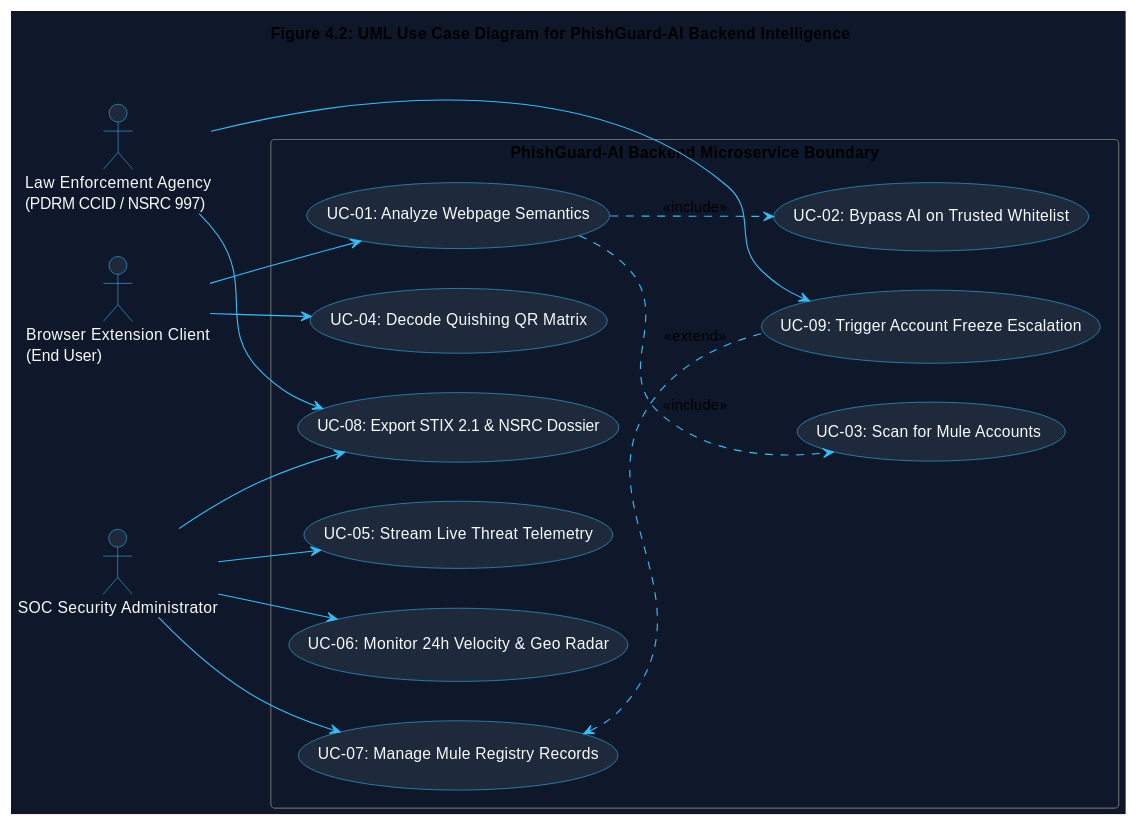
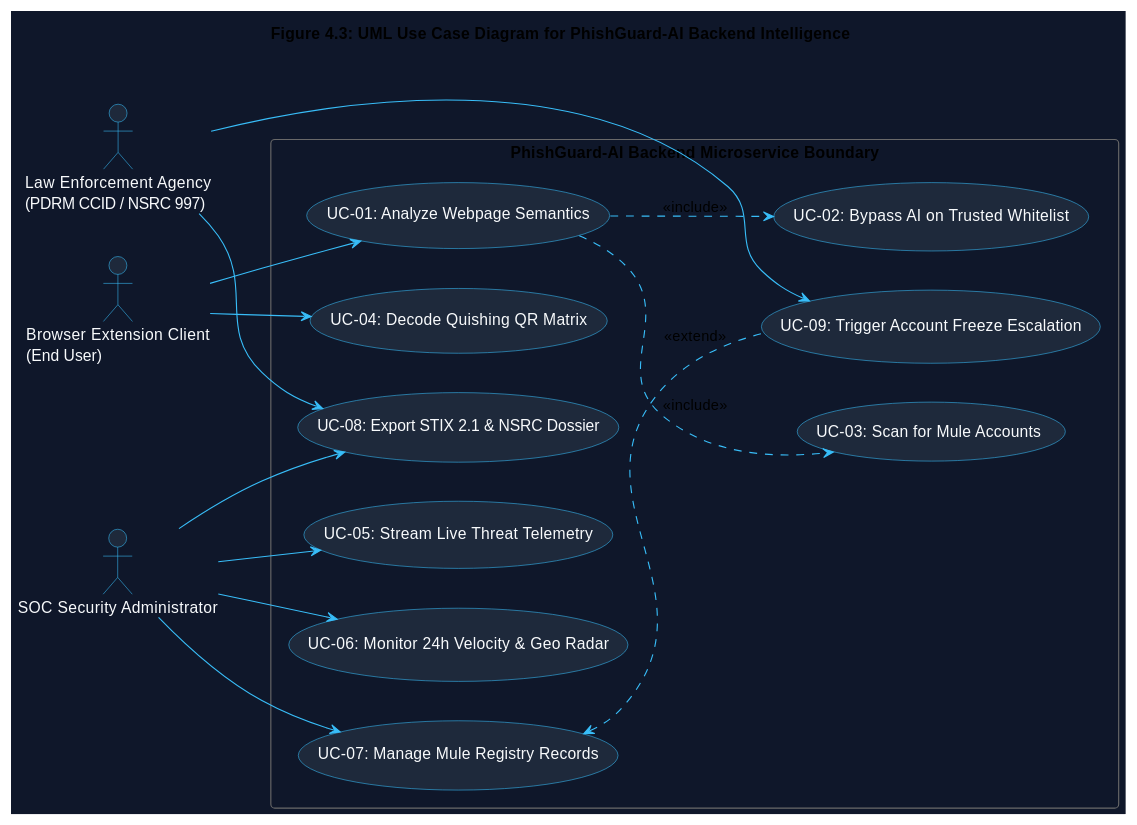
One commit to KunTheNoobie/PhishGuard-AI-Complete changed the second of 7 diagrams in report/Chapter_4_System_Design.md. Above: the diagram before and after it, drawn with PlantUML. The commit also changed other lines of this file, not shown here.

````diff
--- a/report/Chapter_4_System_Design.md
+++ b/report/Chapter_4_System_Design.md
@@ -305,48 +383,48 @@
 ```plantuml
 @startuml Use_Case_Chapter_4
 !theme vibrant
 skinparam backgroundColor #0f172a
 skinparam ArrowColor #38bdf8
 skinparam ActorBorderColor #38bdf8
 skinparam ActorBackgroundColor #1e293b
 skinparam ActorFontColor #f8fafc
 skinparam UseCaseBorderColor #38bdf8
 skinparam UseCaseBackgroundColor #1e293b
 skinparam UseCaseFontColor #f8fafc
 
-title Figure 4.2: UML Use Case Diagram for PhishGuard-AI Backend Intelligence
+title Figure 4.3: UML Use Case Diagram for PhishGuard-AI Backend Intelligence
 
 left to right direction
 
 actor "Browser Extension Client\n(End User)" as ClientActor
 actor "SOC Security Administrator" as AdminActor
 actor "Law Enforcement Agency\n(PDRM CCID / NSRC 997)" as PoliceActor
 
 rectangle "PhishGuard-AI Backend Microservice Boundary" {
     usecase "UC-01: Analyze Webpage Semantics" as UC1
     usecase "UC-02: Bypass AI on Trusted Whitelist" as UC2
     usecase "UC-03: Scan for Mule Accounts" as UC3
     usecase "UC-04: Decode Quishing QR Matrix" as UC4
     usecase "UC-05: Stream Live Threat Telemetry" as UC5
     usecase "UC-06: Monitor 24h Velocity & Geo Radar" as UC6
     usecase "UC-07: Manage Mule Registry Records" as UC7
     usecase "UC-08: Export STIX 2.1 & NSRC Dossier" as UC8
     usecase "UC-09: Trigger Account Freeze Escalation" as UC9
 }
 
 ClientActor --> UC1
 ClientActor --> UC4
 UC1 ..> UC2 : <<include>>
 UC1 ..> UC3 : <<include>>
 
 AdminActor --> UC5
 AdminActor --> UC6
 AdminActor --> UC7
 AdminActor --> UC8
 
 PoliceActor --> UC8
 PoliceActor --> UC9
 UC7 <.. UC9 : <<extend>>
 
 @enduml
 ```
````
